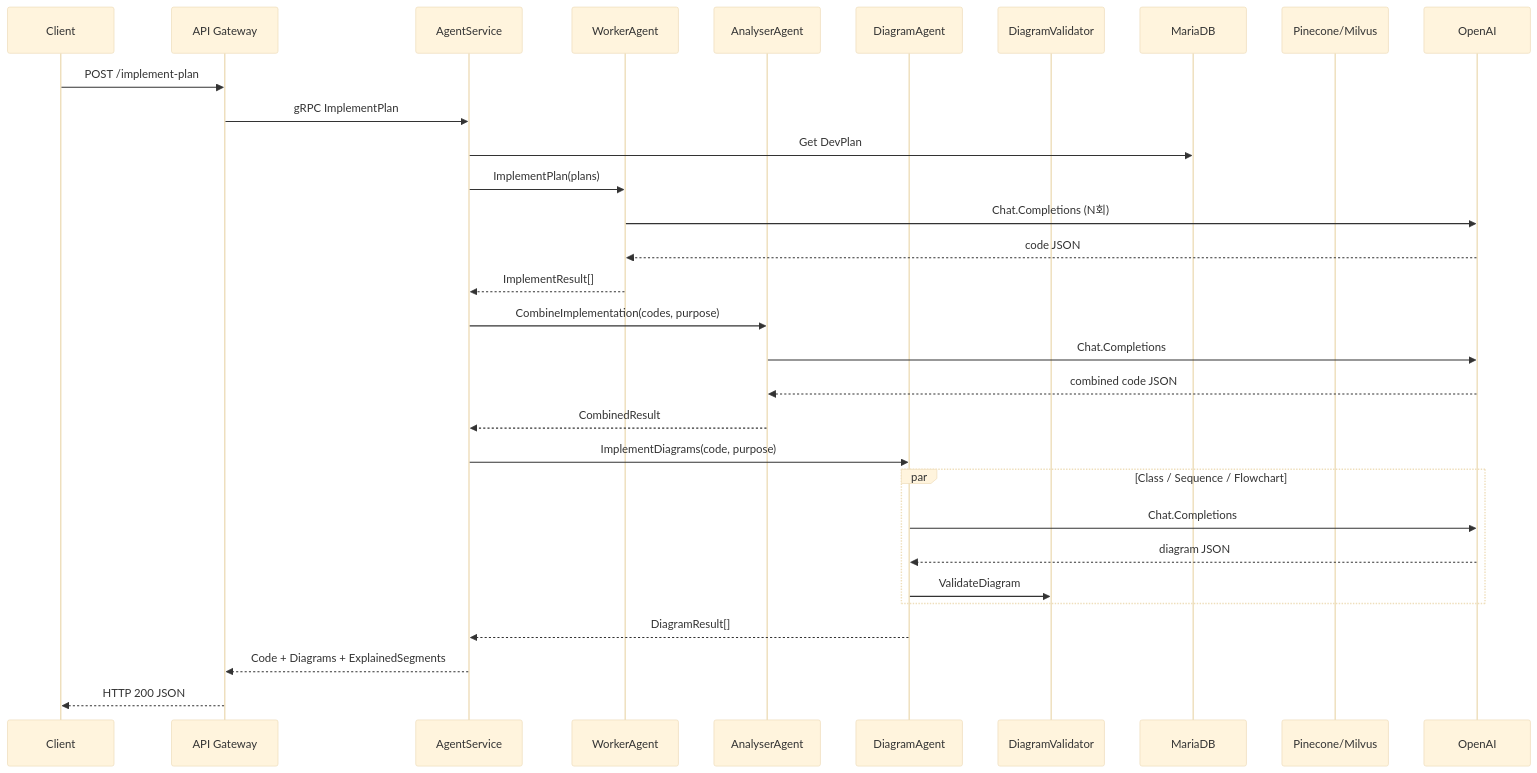
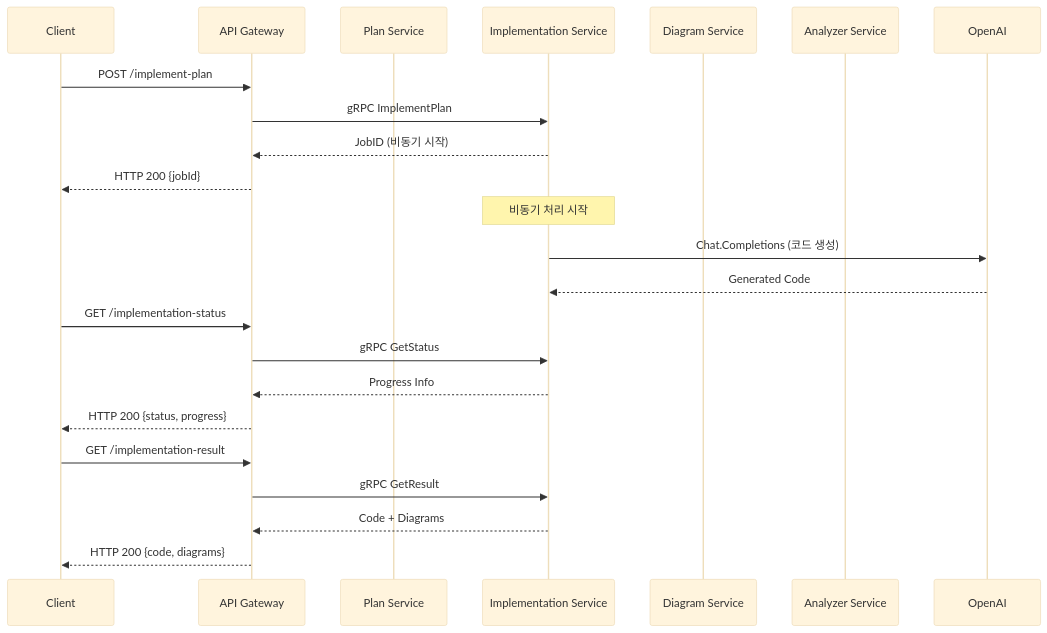
The third of 4 diagrams in README.md (sehwan505/codev42), drawn with Mermaid (base theme) before and after one commit. The commit also changed other lines of this file and 1 other file, not shown here.

Commit message:
Refactor: Update Makefile for new service structure and add Kubernetes commands

````diff
--- a/README.md
+++ b/README.md
@@ -165,34 +258,29 @@
 ```mermaid
 sequenceDiagram
-  participant C as Client
-  participant GW as API Gateway
-  participant AG as AgentService
-  participant WA as WorkerAgent
-  participant AA as AnalyserAgent
-  participant DA as DiagramAgent
-  participant DV as DiagramValidator
-  participant DB as MariaDB
-  participant VDB as Pinecone/Milvus
-  participant OA as OpenAI
+    participant C as Client
+    participant GW as API Gateway
+    participant PS as Plan Service
+    participant IS as Implementation Service
+    participant DS as Diagram Service
+    participant AS as Analyzer Service
+    participant OA as OpenAI
 
-  C->>GW: POST /implement-plan
-  GW->>AG: gRPC ImplementPlan
-  AG->>DB: Get DevPlan
-  AG->>WA: ImplementPlan(plans)
-  WA->>OA: Chat.Completions (N회)
-  OA-->>WA: code JSON
-  WA-->>AG: ImplementResult[]
-  AG->>AA: CombineImplementation(codes, purpose)
-  AA->>OA: Chat.Completions
-  OA-->>AA: combined code JSON
-  AA-->>AG: CombinedResult
-  AG->>DA: ImplementDiagrams(code, purpose)
-  par Class / Sequence / Flowchart
-    DA->>OA: Chat.Completions
-    OA-->>DA: diagram JSON
-    DA->>DV: ValidateDiagram
-  end
-  DA-->>AG: DiagramResult[]
-  AG-->>GW: Code + Diagrams + ExplainedSegments
-  GW-->>C: HTTP 200 JSON
+    C->>GW: POST /implement-plan
+    GW->>IS: gRPC ImplementPlan
+    IS-->>GW: JobID (비동기 시작)
+    GW-->>C: HTTP 200 {jobId}
+    
+    Note over IS: 비동기 처리 시작
+    IS->>OA: Chat.Completions (코드 생성)
+    OA-->>IS: Generated Code
+    
+    C->>GW: GET /implementation-status
+    GW->>IS: gRPC GetStatus
+    IS-->>GW: Progress Info
+    GW-->>C: HTTP 200 {status, progress}
+    
+    C->>GW: GET /implementation-result
+    GW->>IS: gRPC GetResult
+    IS-->>GW: Code + Diagrams
+    GW-->>C: HTTP 200 {code, diagrams}
 ```
````
